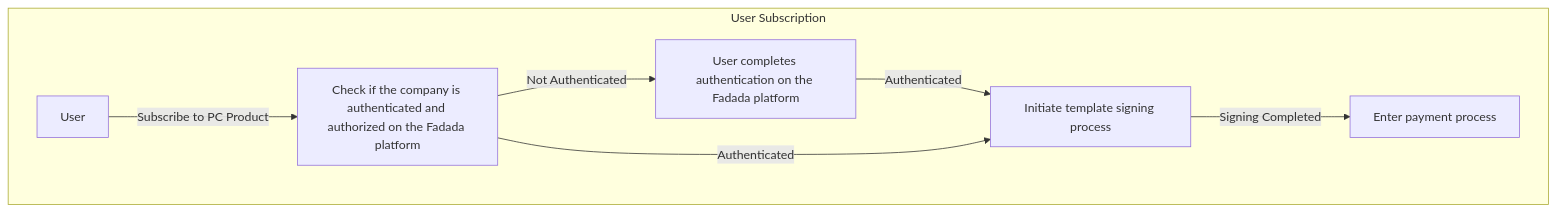
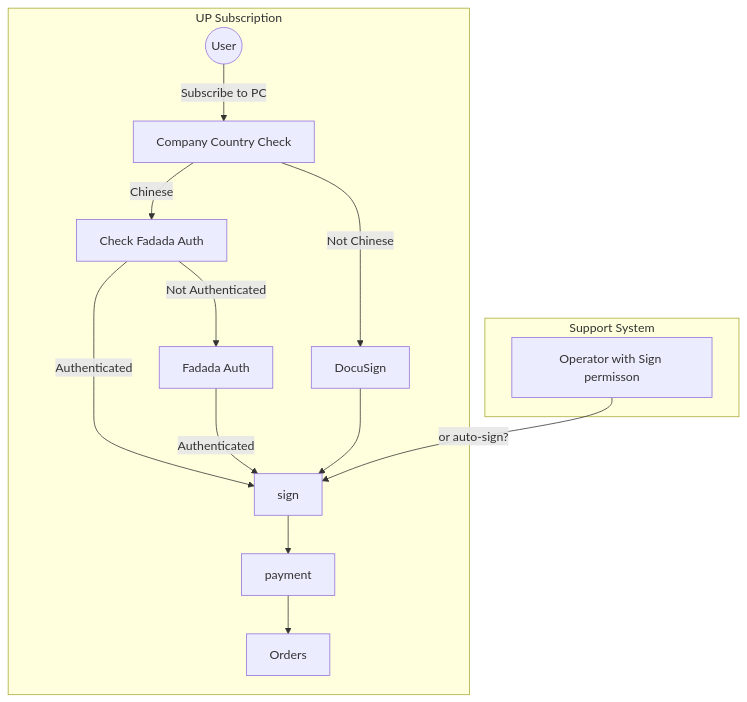
One commit to leonwgc/ant-admin-template changed the diagram in 订阅产品.mmd. Above: the diagram before and after it, drawn with Mermaid.

```diff
--- a/订阅产品.mmd
+++ b/订阅产品.mmd
@@ -1,8 +1,15 @@
 flowchart TD
-    subgraph User Subscription
-        User[User] -->|Subscribe to PC Product| CheckAuthenticationStatus[Check if the company is authenticated and authorized on the Fadada platform]
-        CheckAuthenticationStatus -->|Not Authenticated| GuideSigning[User completes authentication on the Fadada platform]
-        GuideSigning -->|Authenticated| InitiateSigning[Initiate template signing process]
-        CheckAuthenticationStatus -->|Authenticated| InitiateSigning
-        InitiateSigning -->|Signing Completed| PaymentProcess[Enter payment process]
+    subgraph UP Subscription
+        User((User)) -->|Subscribe to PC| X[auth check]
+        X[Company Country Check] -->|Chinese| A
+        X[Company Country Check] -->|Not Chinese| B
+        A[Check Fadada Auth] -->|Authenticated| B1
+        A[Check Fadada Auth] -->|Not Authenticated| A1
+        A1[Fadada Auth] -->|Authenticated| B1
+        B[DocuSign] --> B1
+        B1[sign] --> C[payment]
+        C --> E[Orders]
     end
+    subgraph Support System
+         AA[Operator with Sign permisson] --> |or auto-sign? |B1
+    end
```
